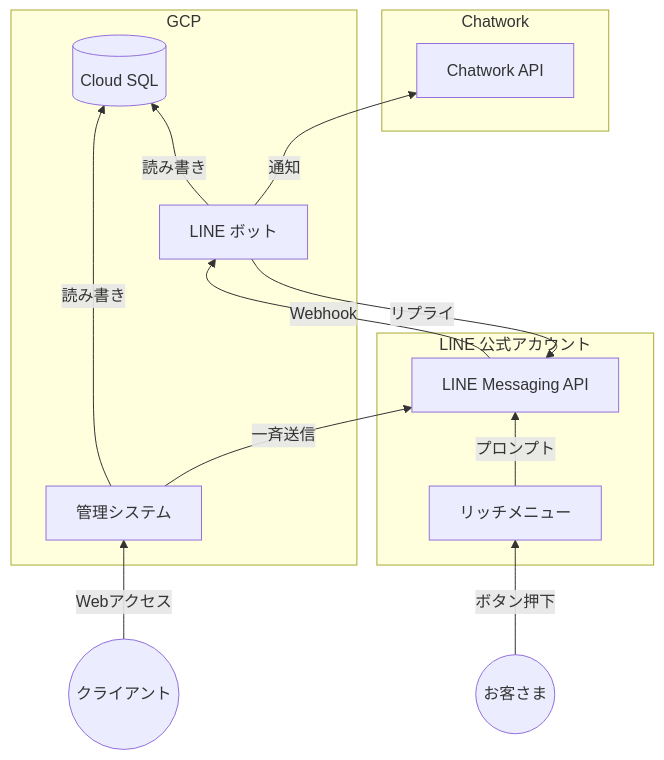
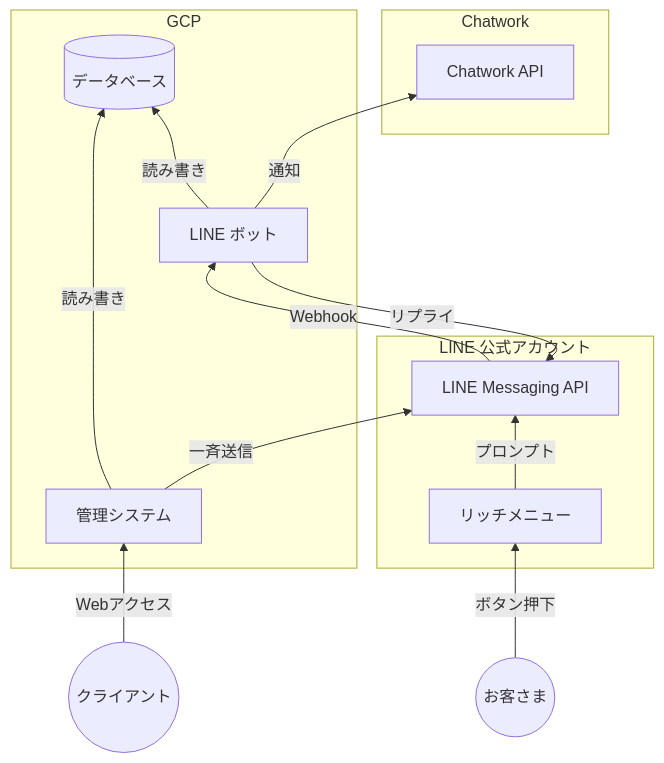
One commit to tatsuyasusukida/zenn-content changed the first of 9 diagrams in articles/customer-support-automation-line-bot-development.md. Above: the diagram before and after it, drawn with Mermaid. The commit also changed other lines of this file, not shown here.

````diff
--- a/articles/customer-support-automation-line-bot-development.md
+++ b/articles/customer-support-automation-line-bot-development.md
@@ -42,22 +42,22 @@
 ```mermaid
 graph BT
   subgraph Chatwork
     ChatworkAPI[Chatwork API]
   end
 
   subgraph LINE 公式アカウント
     RichMenu[リッチメニュー] -->|プロンプト| LINE[LINE Messaging API]
   end
 
   subgraph GCP
-    Admin[管理システム] -->|読み書き| CloudSQL[(Cloud SQL)]
+    Admin[管理システム] -->|読み書き| CloudSQL[(データベース)]
     Bot[LINE ボット] -->|読み書き| CloudSQL
   end
 
   LINE -->|Webhook| Bot
   Bot -->|リプライ| LINE
   Bot -->|通知| ChatworkAPI
   Admin -->|一斉送信| LINE
   Client((クライアント)) -->|Webアクセス| Admin
   Customer((お客さま)) -->|ボタン押下| RichMenu
 ```
````
